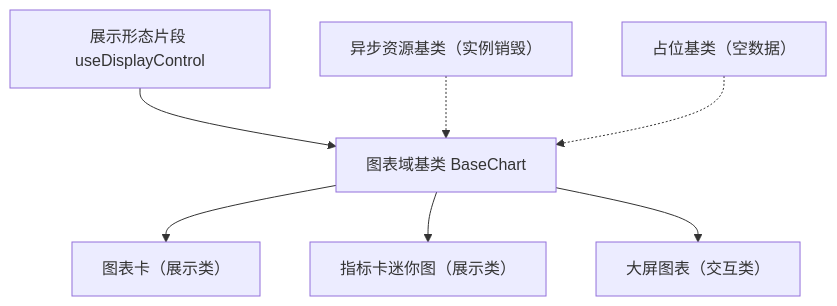
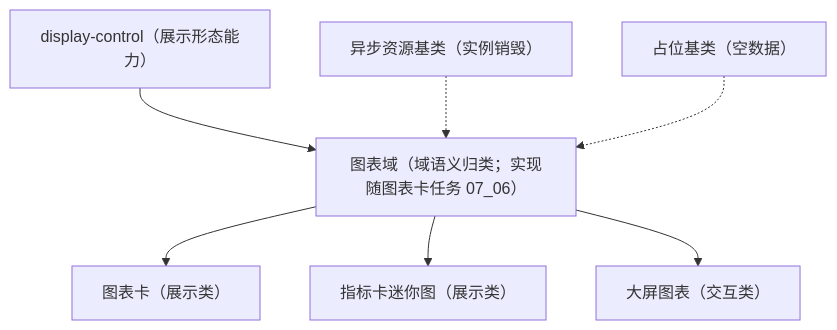
One commit to minjian123/basic-management-system changed the diagram in bms文档/设计/组件设计/02_基础组件类/03_域基类/04_组件设计_图表域基类/04_组件设计_图表域基类.md. Above: the diagram before and after it, drawn with Mermaid. The commit also changed other lines of this file and 49 other files, not shown here.

````diff
--- a/bms文档/设计/组件设计/02_基础组件类/03_域基类/04_组件设计_图表域基类/04_组件设计_图表域基类.md
+++ b/bms文档/设计/组件设计/02_基础组件类/03_域基类/04_组件设计_图表域基类/04_组件设计_图表域基类.md
@@ -15,9 +15,9 @@
 ```mermaid
 flowchart TD
-    B["图表域基类 BaseChart"] --> C1["图表卡（展示类）"]
+    B["图表域（域语义归类；实现随图表卡任务 07_06）"] --> C1["图表卡（展示类）"]
     B --> C2["指标卡迷你图（展示类）"]
     B --> C3["大屏图表（交互类）"]
-    DF["展示形态片段 useDisplayControl"] --> B
+    DF["display-control（展示形态能力）"] --> B
     AR["异步资源基类（实例销毁）"] -.-> B
     PH["占位基类（空数据）"] -.-> B
 ```
````
